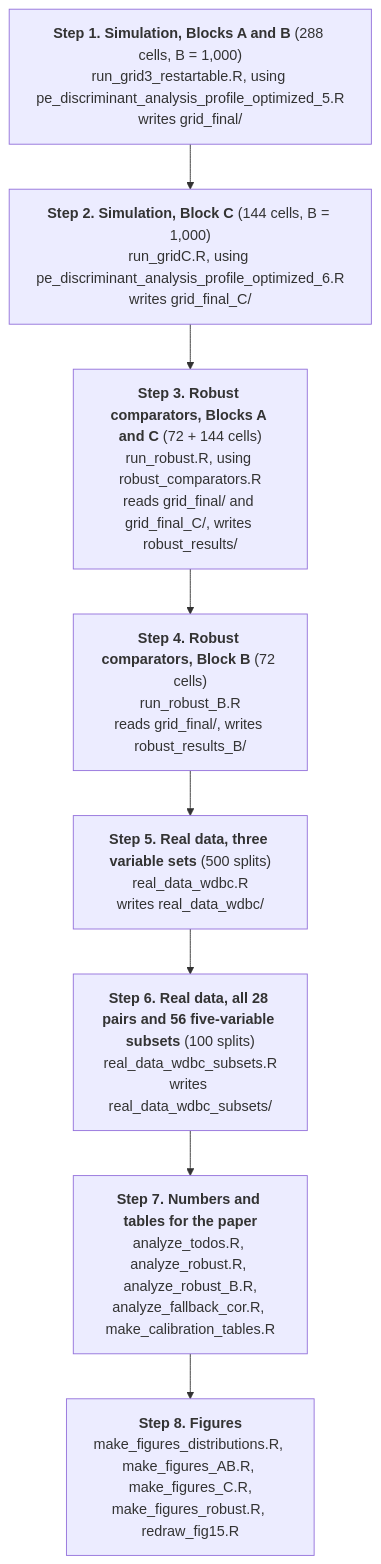
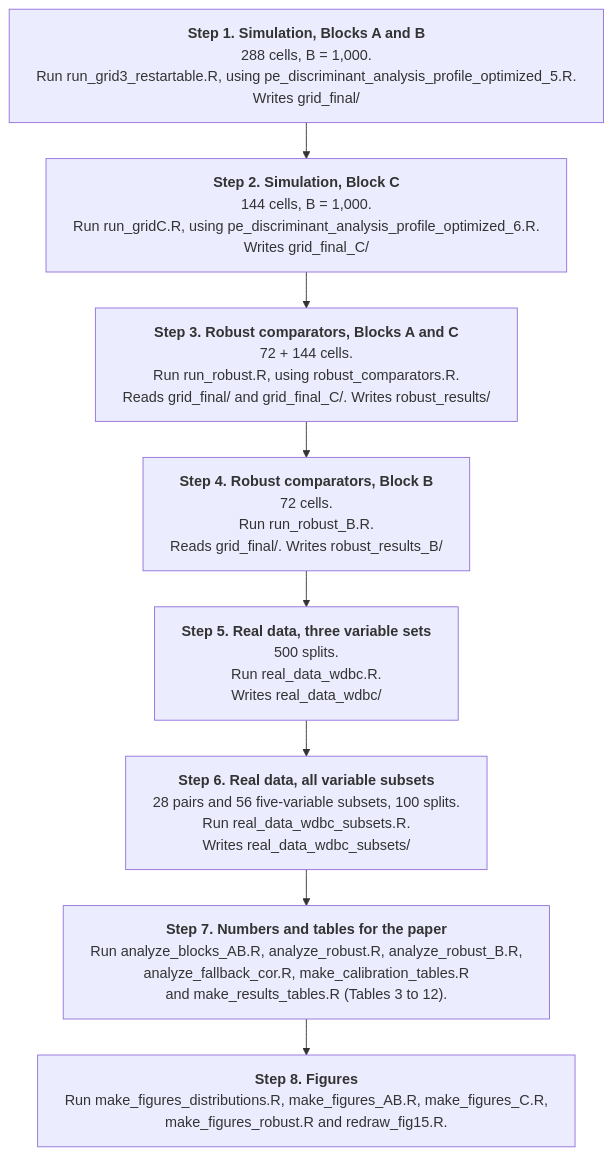
One commit to Ikedichi-Azuh/Robustness-of-power-exponential-discriminant-analysis-R-code changed the diagram in flowchart.mmd. Above: the diagram before and after it, drawn with Mermaid. The commit also changed 4 other files, not shown here.

```diff
--- a/flowchart.mmd
+++ b/flowchart.mmd
@@ -1,10 +1,11 @@
+%%{init: {"flowchart": {"htmlLabels": true, "wrappingWidth": 760, "nodeSpacing": 30, "rankSpacing": 40}, "themeVariables": {"fontSize": "16px"}}}%%
 flowchart TD
-  S1["<b>Step 1. Simulation, Blocks A and B</b> (288 cells, B = 1,000)<br/>run_grid3_restartable.R, using pe_discriminant_analysis_profile_optimized_5.R<br/>writes grid_final/"]
-  S2["<b>Step 2. Simulation, Block C</b> (144 cells, B = 1,000)<br/>run_gridC.R, using pe_discriminant_analysis_profile_optimized_6.R<br/>writes grid_final_C/"]
-  S3["<b>Step 3. Robust comparators, Blocks A and C</b> (72 + 144 cells)<br/>run_robust.R, using robust_comparators.R<br/>reads grid_final/ and grid_final_C/, writes robust_results/"]
-  S4["<b>Step 4. Robust comparators, Block B</b> (72 cells)<br/>run_robust_B.R<br/>reads grid_final/, writes robust_results_B/"]
-  S5["<b>Step 5. Real data, three variable sets</b> (500 splits)<br/>real_data_wdbc.R<br/>writes real_data_wdbc/"]
-  S6["<b>Step 6. Real data, all 28 pairs and 56 five-variable subsets</b> (100 splits)<br/>real_data_wdbc_subsets.R<br/>writes real_data_wdbc_subsets/"]
-  S7["<b>Step 7. Numbers and tables for the paper</b><br/>analyze_todos.R, analyze_robust.R, analyze_robust_B.R,<br/>analyze_fallback_cor.R, make_calibration_tables.R"]
-  S8["<b>Step 8. Figures</b><br/>make_figures_distributions.R, make_figures_AB.R, make_figures_C.R,<br/>make_figures_robust.R, redraw_fig15.R"]
+  S1["<b>Step 1. Simulation, Blocks A and B</b><br/>288 cells, B = 1,000.<br/>Run run_grid3_restartable.R, using pe_discriminant_analysis_profile_optimized_5.R.<br/>Writes grid_final/"]
+  S2["<b>Step 2. Simulation, Block C</b><br/>144 cells, B = 1,000.<br/>Run run_gridC.R, using pe_discriminant_analysis_profile_optimized_6.R.<br/>Writes grid_final_C/"]
+  S3["<b>Step 3. Robust comparators, Blocks A and C</b><br/>72 + 144 cells.<br/>Run run_robust.R, using robust_comparators.R.<br/>Reads grid_final/ and grid_final_C/. Writes robust_results/"]
+  S4["<b>Step 4. Robust comparators, Block B</b><br/>72 cells.<br/>Run run_robust_B.R.<br/>Reads grid_final/. Writes robust_results_B/"]
+  S5["<b>Step 5. Real data, three variable sets</b><br/>500 splits.<br/>Run real_data_wdbc.R.<br/>Writes real_data_wdbc/"]
+  S6["<b>Step 6. Real data, all variable subsets</b><br/>28 pairs and 56 five-variable subsets, 100 splits.<br/>Run real_data_wdbc_subsets.R.<br/>Writes real_data_wdbc_subsets/"]
+  S7["<b>Step 7. Numbers and tables for the paper</b><br/>Run analyze_blocks_AB.R, analyze_robust.R, analyze_robust_B.R,<br/>analyze_fallback_cor.R, make_calibration_tables.R<br/>and make_results_tables.R (Tables 3 to 12)."]
+  S8["<b>Step 8. Figures</b><br/>Run make_figures_distributions.R, make_figures_AB.R, make_figures_C.R,<br/>make_figures_robust.R and redraw_fig15.R."]
   S1 --> S2 --> S3 --> S4 --> S5 --> S6 --> S7 --> S8
```
